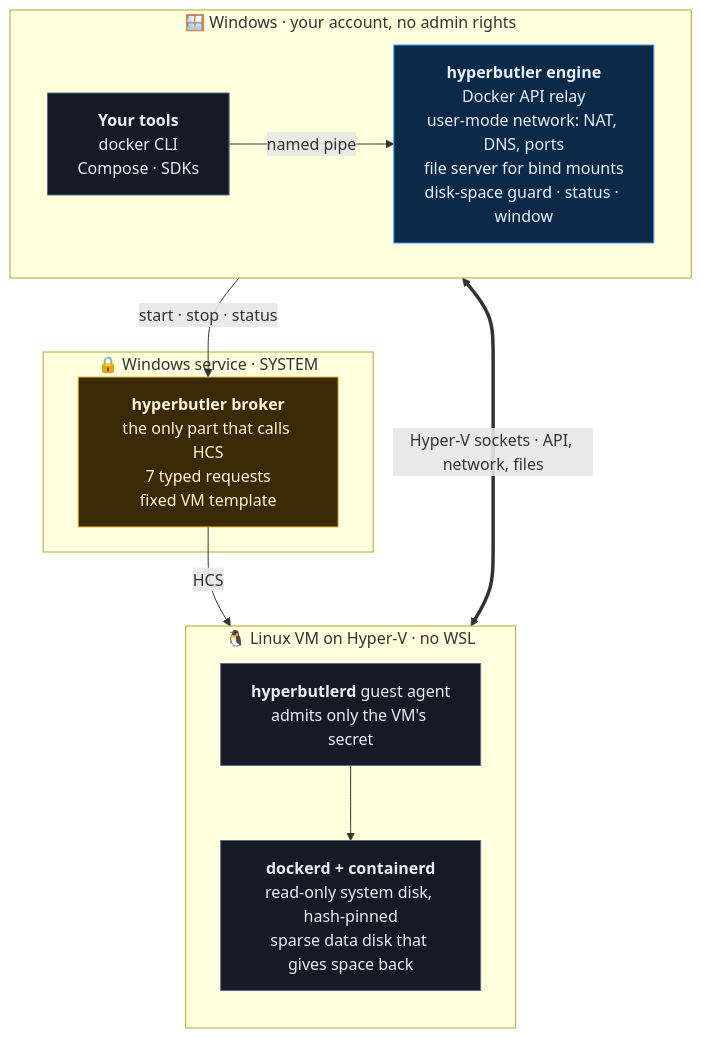
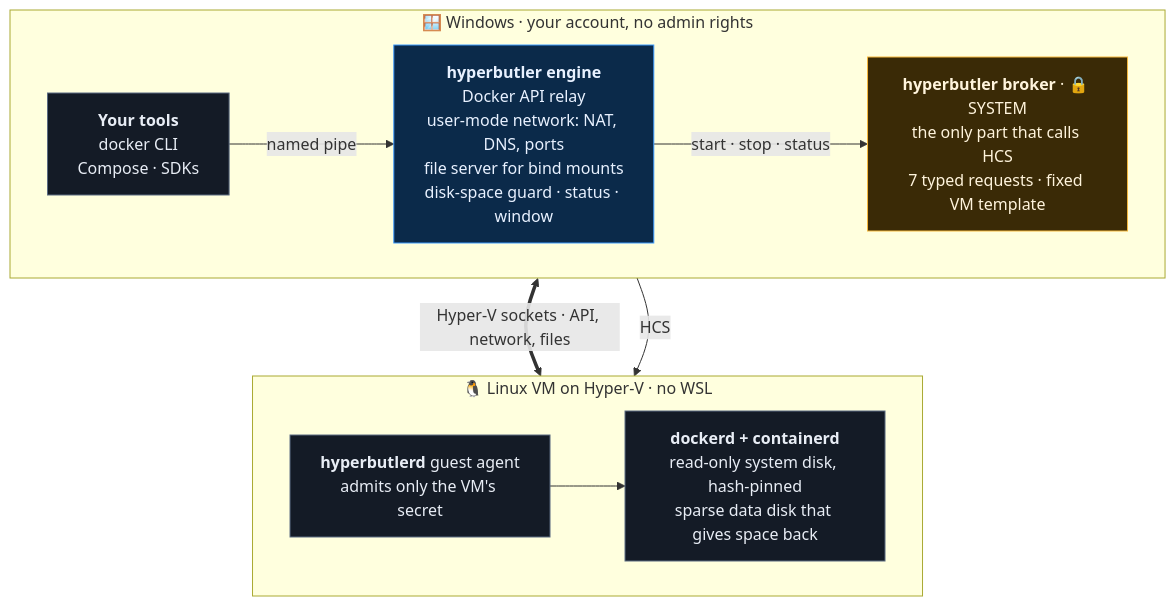
The diagram in README.md (Higangssh/hyperbutler), drawn with Mermaid before and after one commit.

Commit message:
readme: lay out the architecture diagram in two rows
The HCS arrow pointed at the VM subgraph itself, which Mermaid lays out
with a large empty area above the diagram. The broker now sits in the
Windows row next to the engine, the VM is the second row, and the HCS
arrow points at the guest agent. Same boxes, labels and colors.

````diff
--- a/README.md
+++ b/README.md
@@ -131,28 +131,26 @@
 ```mermaid
 flowchart TB
   subgraph WIN["🪟 Windows · your account, no admin rights"]
     direction LR
     tools["<b>Your tools</b><br/>docker CLI<br/>Compose · SDKs"]
     engine["<b>hyperbutler engine</b><br/>Docker API relay<br/>user-mode network: NAT, DNS, ports<br/>file server for bind mounts<br/>disk-space guard · status · window"]
+    broker["<b>hyperbutler broker</b> · 🔒 SYSTEM<br/>the only part that calls HCS<br/>7 typed requests · fixed VM template"]
     tools -- "named pipe" --> engine
-  end
-  subgraph SVC["🔒 Windows service · SYSTEM"]
-    broker["<b>hyperbutler broker</b><br/>the only part that calls HCS<br/>7 typed requests<br/>fixed VM template"]
+    engine -- "start · stop · status" --> broker
   end
   subgraph VM["🐧 Linux VM on Hyper-V · no WSL"]
-    direction TB
+    direction LR
     agent["<b>hyperbutlerd</b> guest agent<br/>admits only the VM's secret"]
     dockerd["<b>dockerd + containerd</b><br/>read-only system disk, hash-pinned<br/>sparse data disk that gives space back"]
     agent --> dockerd
   end
   engine <== "Hyper-V sockets · API, network, files" ==> agent
-  engine -- "start · stop · status" --> broker
-  broker -- "HCS" --> VM
+  broker -- "HCS" --> agent
 
   classDef eng fill:#0b2a4a,stroke:#3d9bff,color:#e8f1ff
   classDef brk fill:#3a2a06,stroke:#f5b83d,color:#fff4dc
   classDef box fill:#141b26,stroke:#5b6b82,color:#e8edf5
   class engine eng
   class broker brk
   class tools,agent,dockerd box
 ```
````
